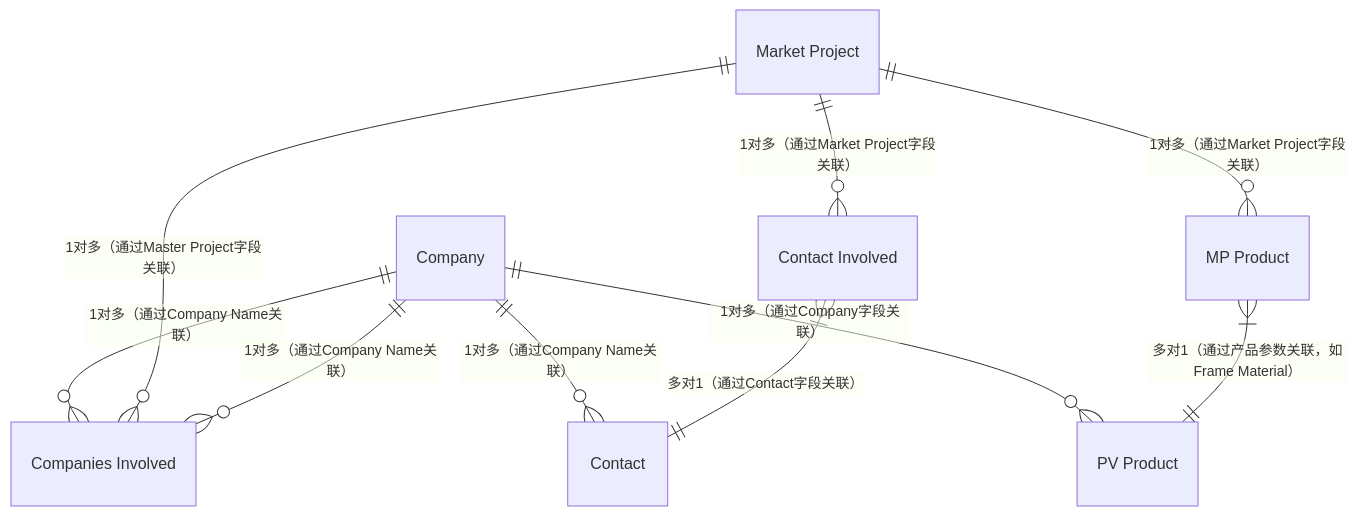
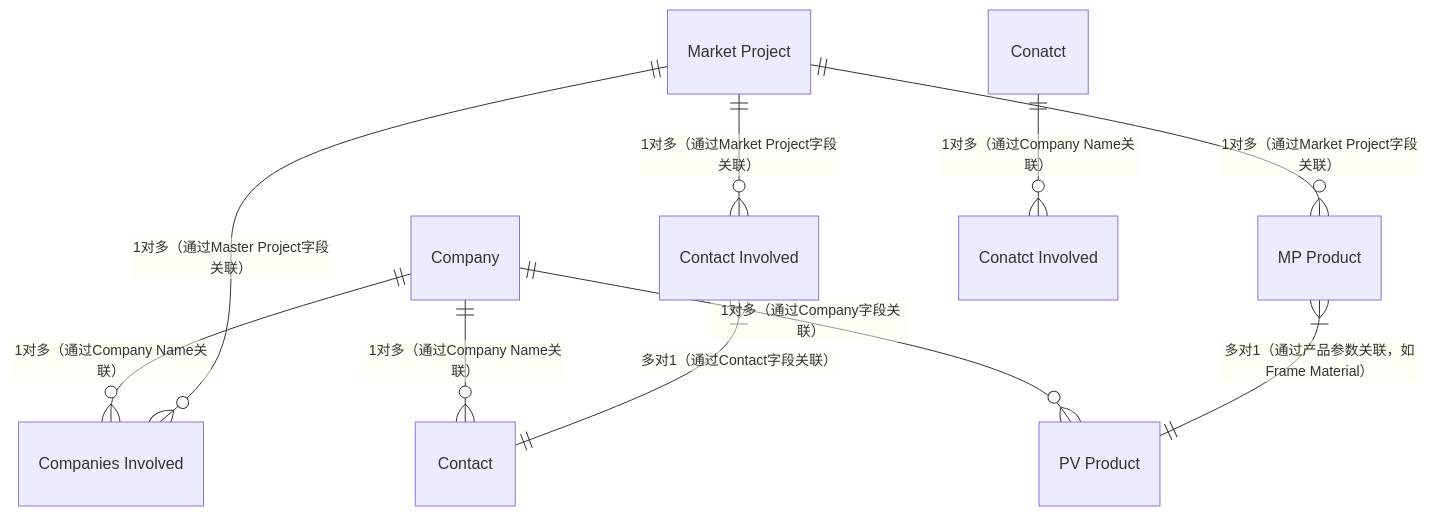
Before and after one commit to zhangziru-33/iodraw-files: the diagram in all/未命名.md, drawn with Mermaid.

Commit message:
2025-12-04 13:39:48 update

````diff
--- a/all/未命名.md
+++ b/all/未命名.md
@@ -1,12 +1,12 @@
 ```mermaid
 erDiagram
     Company ||--o{ "Companies Involved" : "1对多（通过Company Name关联）"
     Company ||--o{ "PV Product" : "1对多（通过Company字段关联）"
     Company ||--o{ "Contact" : "1对多（通过Company Name关联）"
     "Market Project" ||--o{ "Companies Involved" : "1对多（通过Master Project字段关联）"
     "Market Project" ||--o{ "Contact Involved" : "1对多（通过Market Project字段关联）"
     "Market Project" ||--o{ "MP Product" : "1对多（通过Market Project字段关联）"
     "MP Product" }|--|| "PV Product" : "多对1（通过产品参数关联，如Frame Material）"
     "Contact Involved" }|--|| "Contact" : "多对1（通过Contact字段关联）"
-    Company ||--o{ "Companies Involved" : "1对多（通过Company Name关联）"
+    Conatct ||--o{ "Conatct Involved" : "1对多（通过Company Name关联）"
 ```
````
